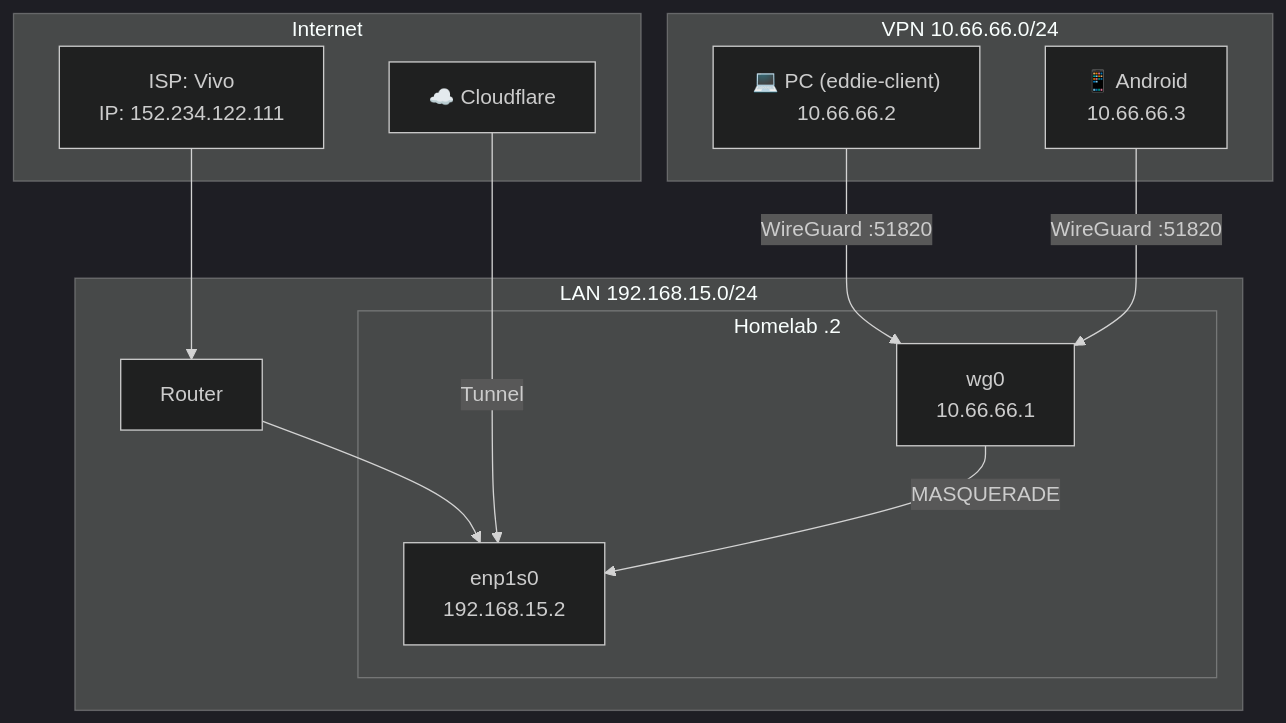
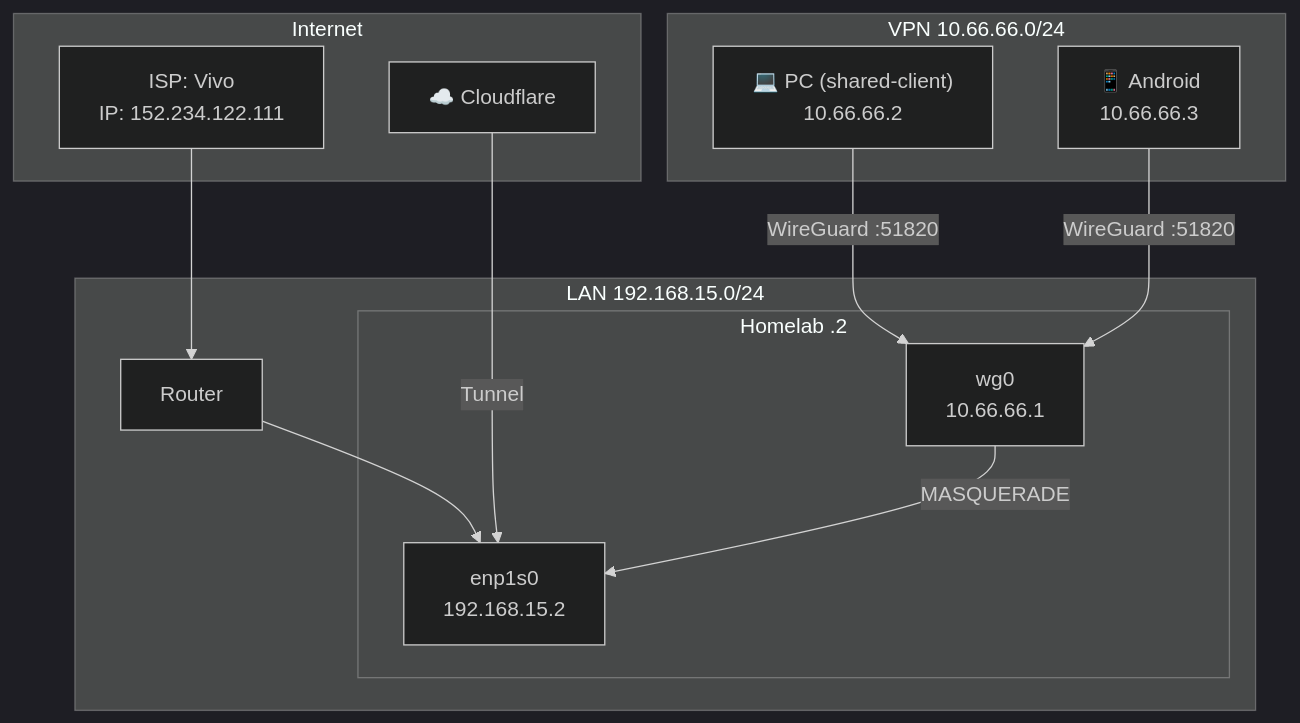
One commit to eddiejdi/eddie-auto-dev changed the fifth of 10 diagrams in docs/HOMELAB_INFRASTRUCTURE_DIAGRAMS.md. Above: the diagram before and after it, drawn with Mermaid (dark theme). The commit also changed other lines of this file and 3791 other files, not shown here.

````diff
--- a/docs/HOMELAB_INFRASTRUCTURE_DIAGRAMS.md
+++ b/docs/HOMELAB_INFRASTRUCTURE_DIAGRAMS.md
@@ -204,27 +204,27 @@
 ```mermaid
 graph TB
     subgraph "Internet"
         CLOUD["☁️ Cloudflare"]
         VIVO["ISP: Vivo<br/>IP: 152.234.122.111"]
     end
 
     subgraph "LAN 192.168.15.0/24"
         ROUTER["Router"]
         subgraph "Homelab .2"
             ETH0["enp1s0<br/>192.168.15.2"]
             WG0["wg0<br/>10.66.66.1"]
         end
     end
 
     subgraph "VPN 10.66.66.0/24"
-        PC["💻 PC (eddie-client)<br/>10.66.66.2"]
+        PC["💻 PC (shared-client)<br/>10.66.66.2"]
         PHONE["📱 Android<br/>10.66.66.3"]
     end
 
     VIVO --> ROUTER
     ROUTER --> ETH0
     CLOUD -->|Tunnel| ETH0
     PC -->|WireGuard :51820| WG0
     PHONE -->|WireGuard :51820| WG0
     WG0 -->|MASQUERADE| ETH0
 ```
````
